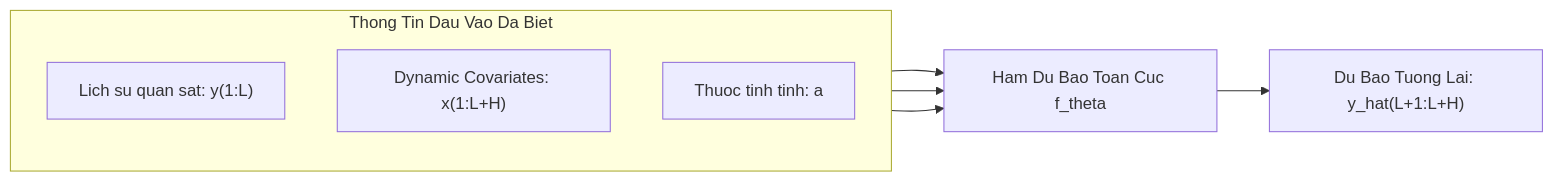
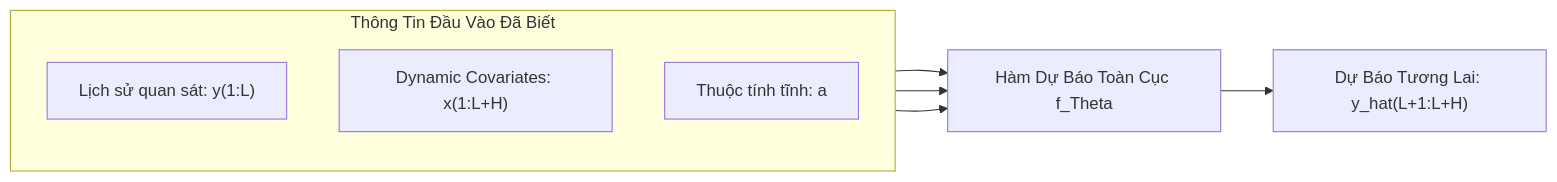
One commit to snowflake-vibing/Project-Experimental-TiDE changed the diagram in doc/03_problem_setting.md. Above: the diagram before and after it, drawn with Mermaid. The commit also changed 4 other files, not shown here.

Commit message:
docs: add glossary/RULE.md, ensure 100% accented Vietnamese in all Mermaid diagrams and Feynman glossary

````diff
--- a/doc/03_problem_setting.md
+++ b/doc/03_problem_setting.md
@@ -60,17 +60,17 @@
 ```mermaid
 flowchart LR
-    subgraph Inputs [Thong Tin Dau Vao Da Biet]
+    subgraph Inputs ["Thông Tin Đầu Vào Đã Biết"]
         direction TB
-        Y_hist["Lich su quan sat: y(1:L)"]
+        Y_hist["Lịch sử quan sát: y(1:L)"]
         X_all["Dynamic Covariates: x(1:L+H)"]
-        A_stat["Thuoc tinh tinh: a"]
+        A_stat["Thuộc tính tĩnh: a"]
     end
 
-    Model["Ham Du Bao Toan Cuc f_theta"]
-    Y_pred["Du Bao Tuong Lai: y_hat(L+1:L+H)"]
+    Model["Hàm Dự Báo Toàn Cục f_Theta"]
+    Y_pred["Dự Báo Tương Lai: y_hat(L+1:L+H)"]
 
     Y_hist --> Model
     X_all --> Model
     A_stat --> Model
     Model --> Y_pred
 ```
````
